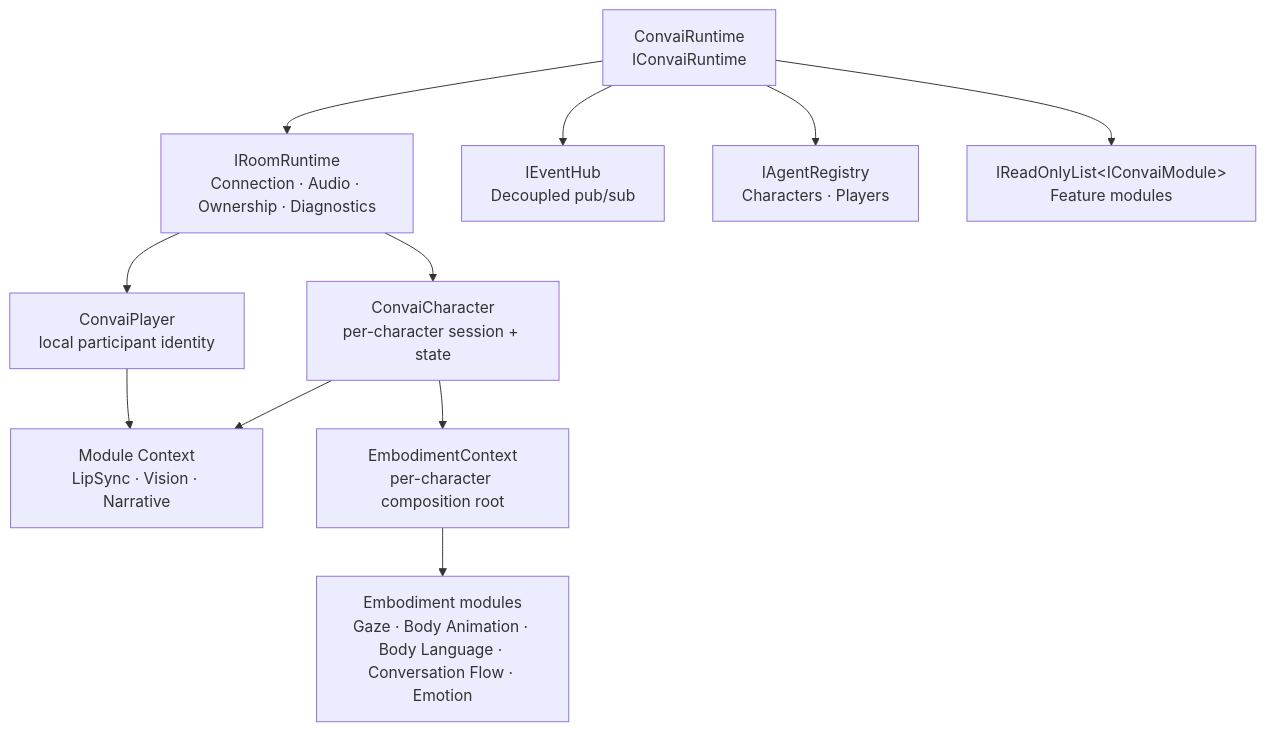
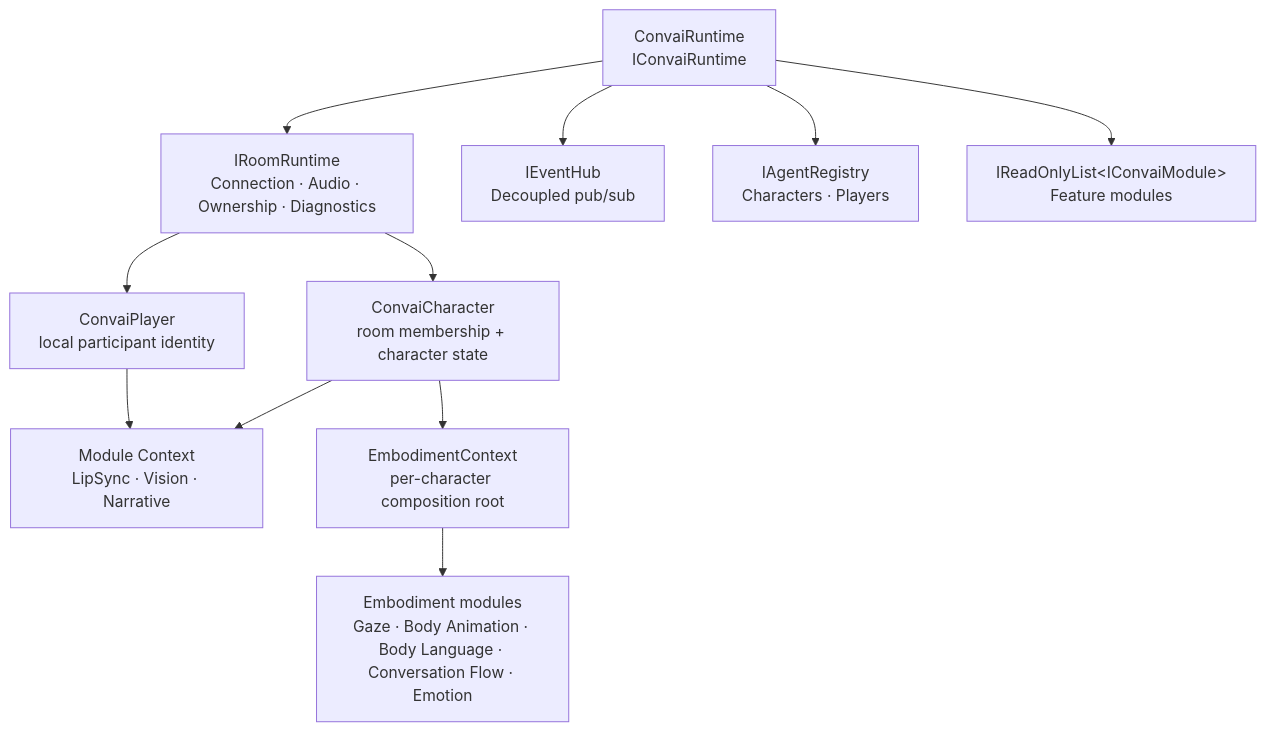
One commit to Conv-AI/Convai-Documentation changed the first of 2 diagrams in plugins-and-integrations/convai-unity-sdk/core-concepts/runtime-architecture.md. Above: the diagram before and after it, drawn with Mermaid. The commit also changed other lines of this file and 118 other files, not shown here.

````diff
--- a/plugins-and-integrations/convai-unity-sdk/core-concepts/runtime-architecture.md
+++ b/plugins-and-integrations/convai-unity-sdk/core-concepts/runtime-architecture.md
@@ -15,13 +17,13 @@
 ```mermaid
 graph TD
     A[ConvaiRuntime<br/>IConvaiRuntime] --> B[IRoomRuntime<br/>Connection · Audio · Ownership · Diagnostics]
     A --> C[IEventHub<br/>Decoupled pub/sub]
     A --> D[IAgentRegistry<br/>Characters · Players]
     A --> E[IReadOnlyList&lt;IConvaiModule&gt;<br/>Feature modules]
-    B --> F[ConvaiCharacter<br/>per-character session + state]
+    B --> F[ConvaiCharacter<br/>room membership + character state]
     B --> G[ConvaiPlayer<br/>local participant identity]
     F --> H[Module Context<br/>LipSync · Vision · Narrative]
     G --> H
     F --> I[EmbodimentContext<br/>per-character composition root]
     I --> J[Embodiment modules<br/>Gaze · Body Animation · Body Language · Conversation Flow · Emotion]
 ```
````
